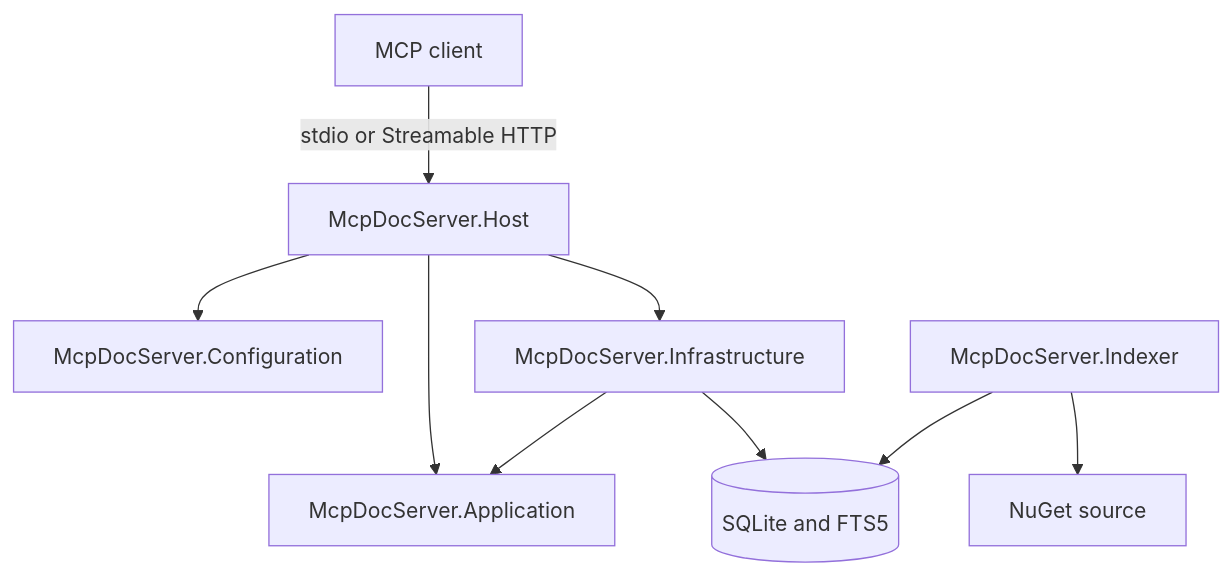
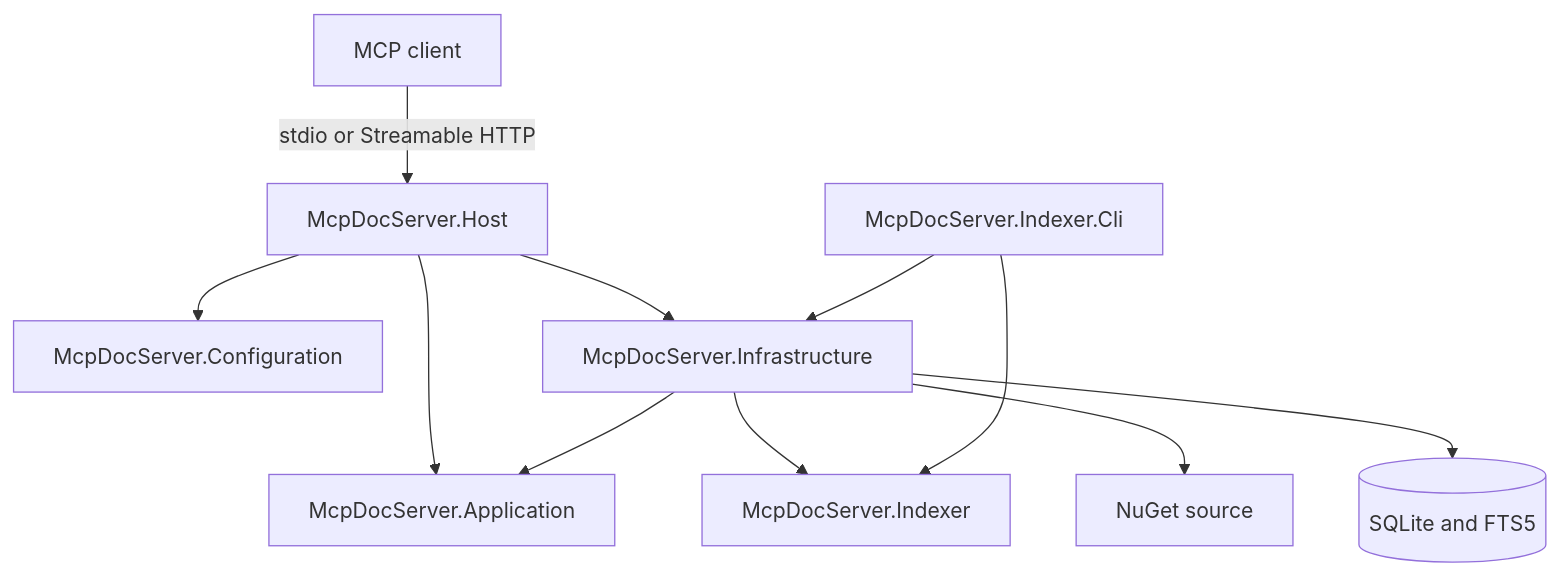
One commit to sbuyevich/mcp-doc-server changed the first of 3 diagrams in design/architecture.md. Above: the diagram before and after it, drawn with Mermaid. The commit also changed other lines of this file and 79 other files, not shown here.

````diff
--- a/design/architecture.md
+++ b/design/architecture.md
@@ -7,20 +7,23 @@
 ```mermaid
 flowchart TD
     Client[MCP client]
     Host[McpDocServer.Host]
     Configuration[McpDocServer.Configuration]
     Application[McpDocServer.Application]
+    Indexer[McpDocServer.Indexer]
     Infrastructure[McpDocServer.Infrastructure]
-    Indexer[McpDocServer.Indexer]
+    IndexerCli[McpDocServer.Indexer.Cli]
     NuGet[NuGet source]
     Database[(SQLite and FTS5)]
 
     Client -->|stdio or Streamable HTTP| Host
     Host --> Configuration
     Host --> Application
     Host --> Infrastructure
     Infrastructure --> Application
+    Infrastructure --> Indexer
+    IndexerCli --> Indexer
+    IndexerCli --> Infrastructure
+    Infrastructure --> NuGet
     Infrastructure --> Database
-    Indexer --> NuGet
-    Indexer --> Database
 ```
````
